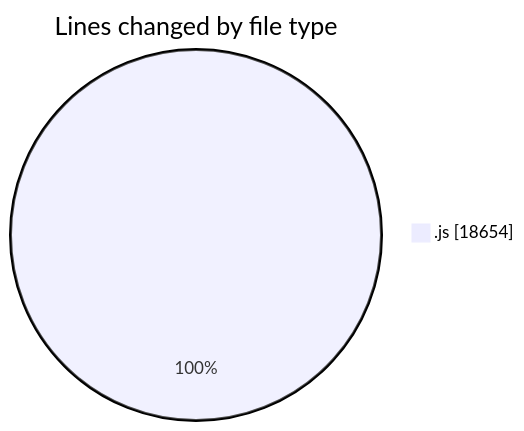
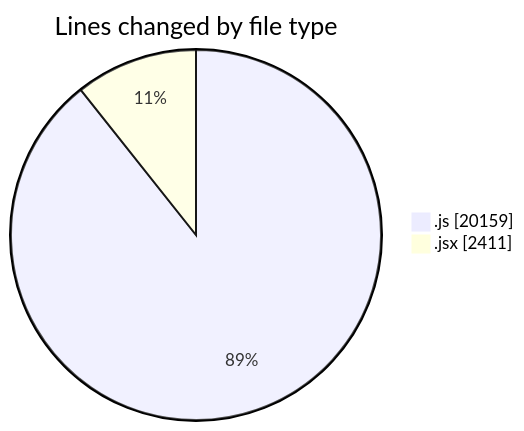
One commit to nxtqubesakshisongat/code-tracking changed the first of 2 diagrams in 2025-09-30/nxtqube_webapp/README.md. Above: the diagram before and after it, drawn with Mermaid. The commit also changed other lines of this file and 1 other file, not shown here.

````diff
--- a/2025-09-30/nxtqube_webapp/README.md
+++ b/2025-09-30/nxtqube_webapp/README.md
@@ -20,5 +23,6 @@
 ```mermaid
 pie showData
 title Lines changed by file type
-".js" : 18654
+".js" : 20159
+".jsx" : 2411
 ```
````
